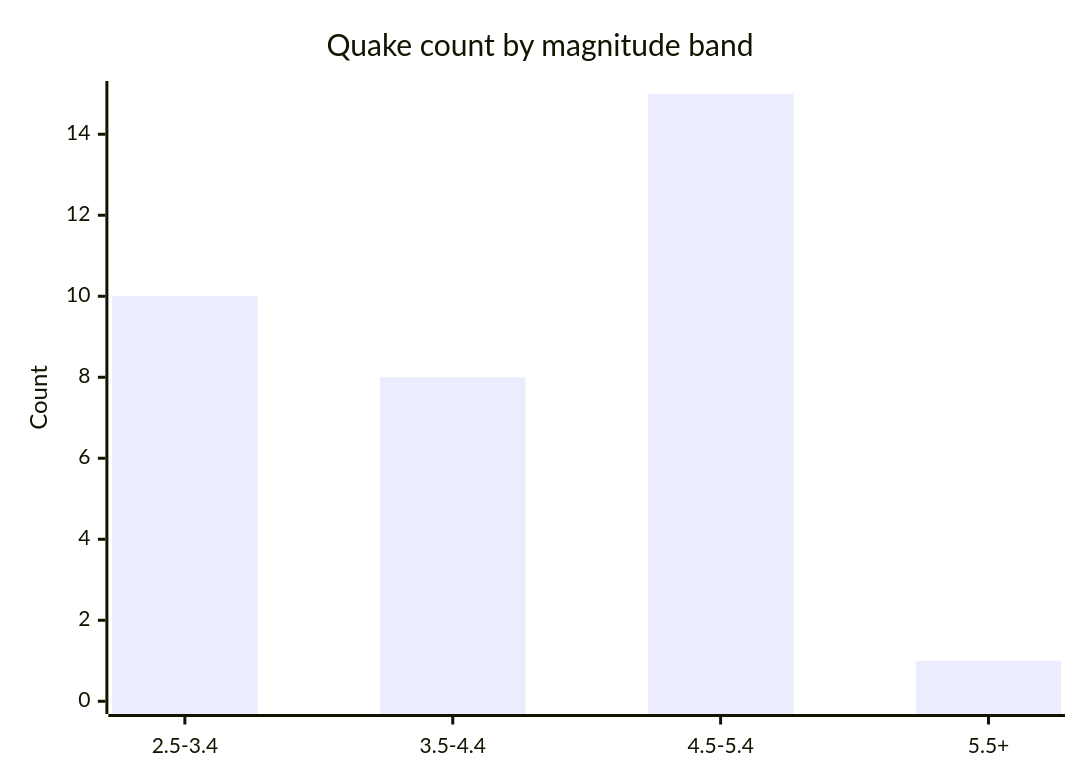
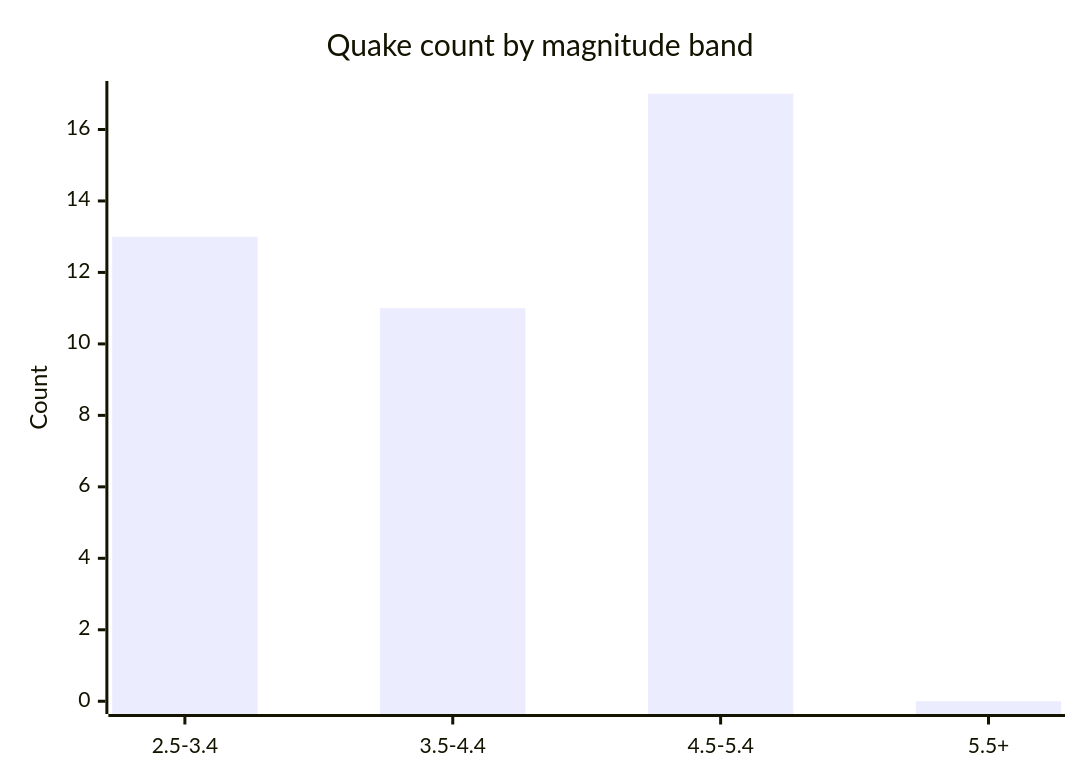
The fifth of 6 diagrams in docs/GRAPHS.md (Midwest-Stratospheric/aerostratospheric-defense-gir), drawn with Mermaid before and after one commit. The commit also changed other lines of this file and 26 other files, not shown here.

````diff
--- a/docs/GRAPHS.md
+++ b/docs/GRAPHS.md
@@ -82,7 +82,7 @@
 ```mermaid
 xychart-beta
   title "Quake count by magnitude band"
   x-axis ["2.5-3.4", "3.5-4.4", "4.5-5.4", "5.5+"]
-  y-axis "Count" 0 --> 15
-  bar [10, 8, 15, 1]
+  y-axis "Count" 0 --> 17
+  bar [13, 11, 17, 0]
 ```
````
